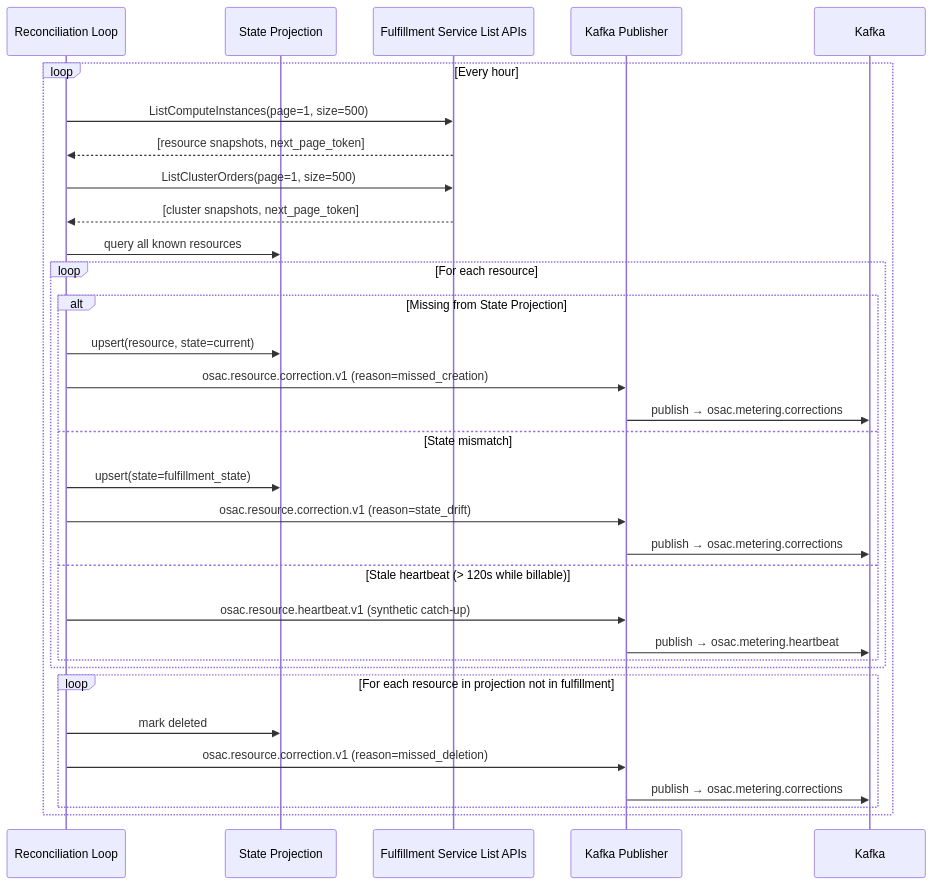
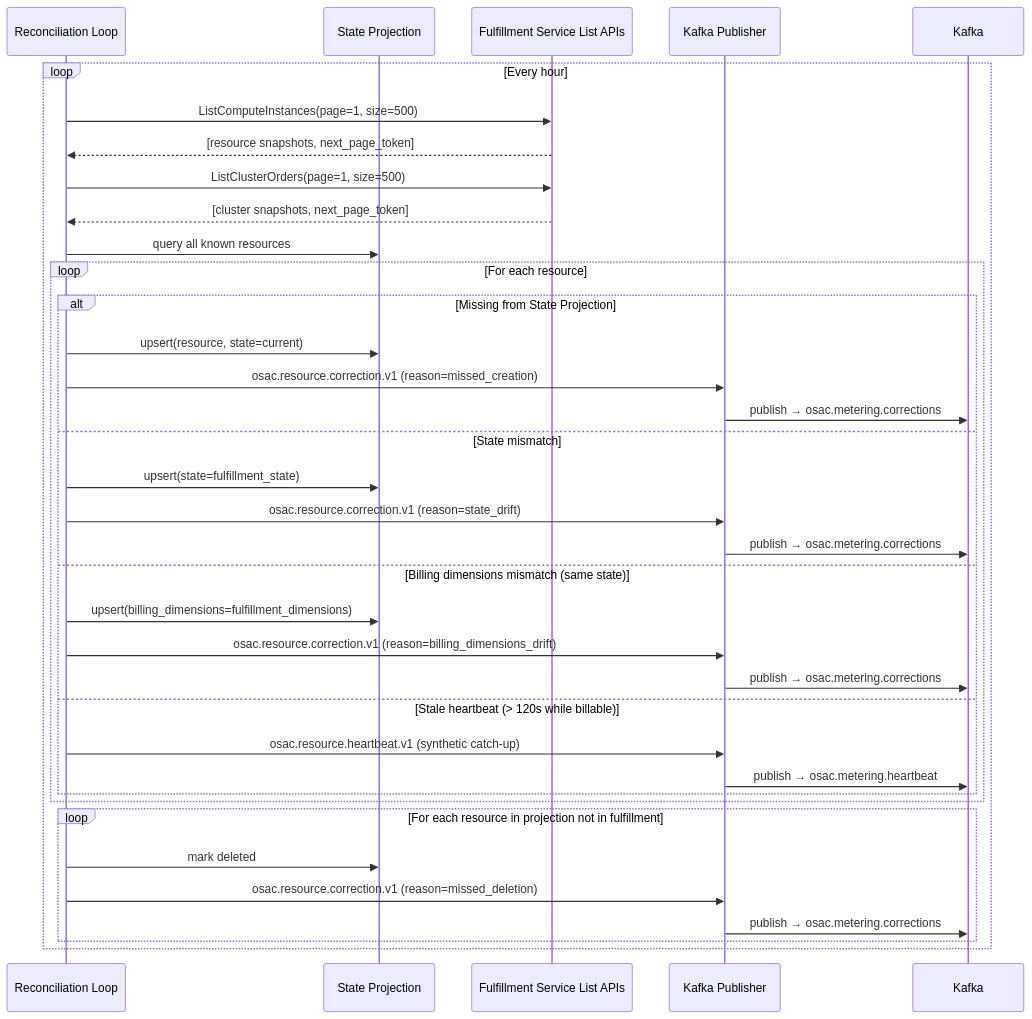
One commit to osac-project/enhancement-proposals changed the fifth of 7 diagrams in enhancements/OSAC-985-metering-and-usage-tracking/design.md. Above: the diagram before and after it, drawn with Mermaid. The commit also changed other lines of this file, not shown here.

First line of the commit message:
OSAC-985: address 8 CodeRabbit review findings

````diff
--- a/enhancements/OSAC-985-metering-and-usage-tracking/design.md
+++ b/enhancements/OSAC-985-metering-and-usage-tracking/design.md
@@ -210,37 +210,41 @@
 ```mermaid
 sequenceDiagram
     participant RL as Reconciliation Loop
     participant SP as State Projection
     participant FS as Fulfillment Service List APIs
     participant KP as Kafka Publisher
     participant K as Kafka
 
     loop Every hour
         RL->>FS: ListComputeInstances(page=1, size=500)
         FS-->>RL: [resource snapshots, next_page_token]
         RL->>FS: ListClusterOrders(page=1, size=500)
         FS-->>RL: [cluster snapshots, next_page_token]
         RL->>SP: query all known resources
 
         loop For each resource
             alt Missing from State Projection
                 RL->>SP: upsert(resource, state=current)
                 RL->>KP: osac.resource.correction.v1 (reason=missed_creation)
                 KP->>K: publish → osac.metering.corrections
             else State mismatch
                 RL->>SP: upsert(state=fulfillment_state)
                 RL->>KP: osac.resource.correction.v1 (reason=state_drift)
                 KP->>K: publish → osac.metering.corrections
+            else Billing dimensions mismatch (same state)
+                RL->>SP: upsert(billing_dimensions=fulfillment_dimensions)
+                RL->>KP: osac.resource.correction.v1 (reason=billing_dimensions_drift)
+                KP->>K: publish → osac.metering.corrections
             else Stale heartbeat (> 120s while billable)
                 RL->>KP: osac.resource.heartbeat.v1 (synthetic catch-up)
                 KP->>K: publish → osac.metering.heartbeat
             end
         end
 
         loop For each resource in projection not in fulfillment
             RL->>SP: mark deleted
             RL->>KP: osac.resource.correction.v1 (reason=missed_deletion)
             KP->>K: publish → osac.metering.corrections
         end
     end
 ```
````
